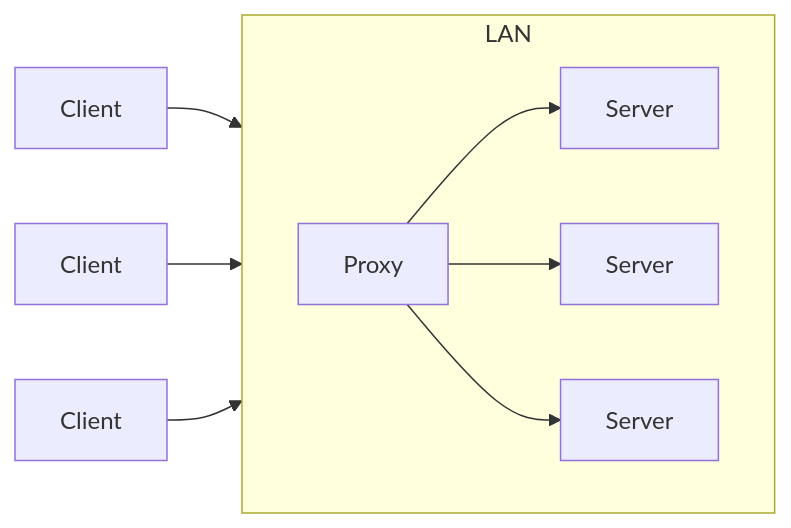
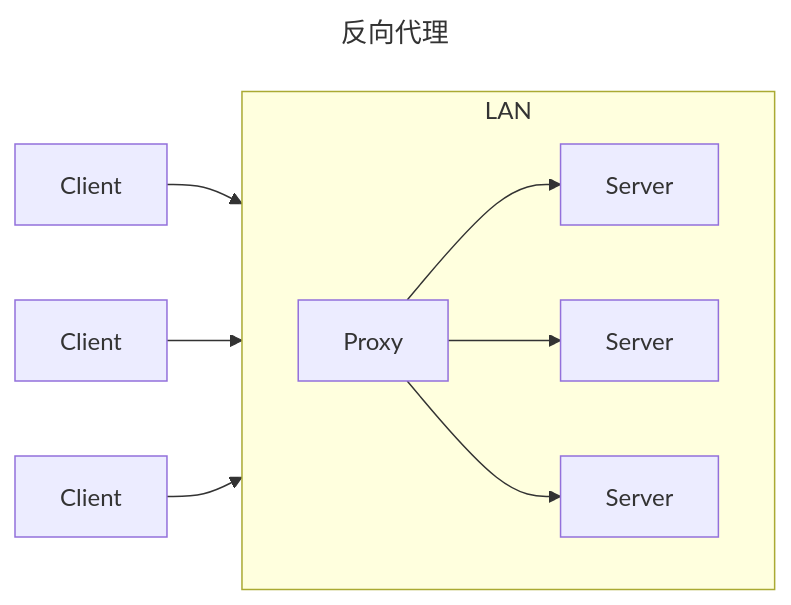
One commit to haroldzkx/minedocs changed the second of 2 diagrams in web/proxy.md. Above: the diagram before and after it, drawn with Mermaid. The commit also changed other lines of this file and 1 other file, not shown here.

````diff
--- a/web/proxy.md
+++ b/web/proxy.md
@@ -23,24 +25,26 @@
 ```mermaid
-%% 反向代理
+---
+title: 反向代理
+---
 graph LR
 
 A[Client]
 B[Client]
 C[Client]
 
 subgraph LAN
     direction LR
     P[Proxy]
     S1[Server]
     S2[Server]
     S3[Server]
 end
 
 
 A --> P
 B --> P
 C --> P
 P --> S1
 P --> S2
 P --> S3
 ```
````
